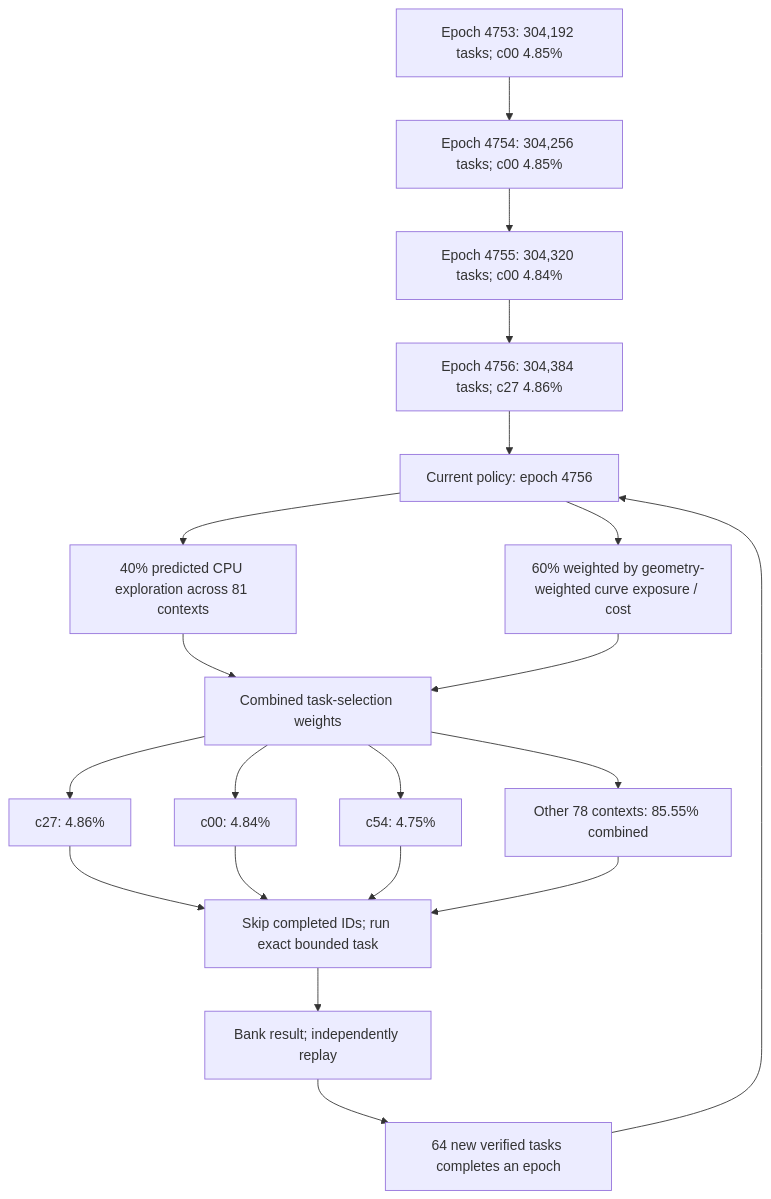
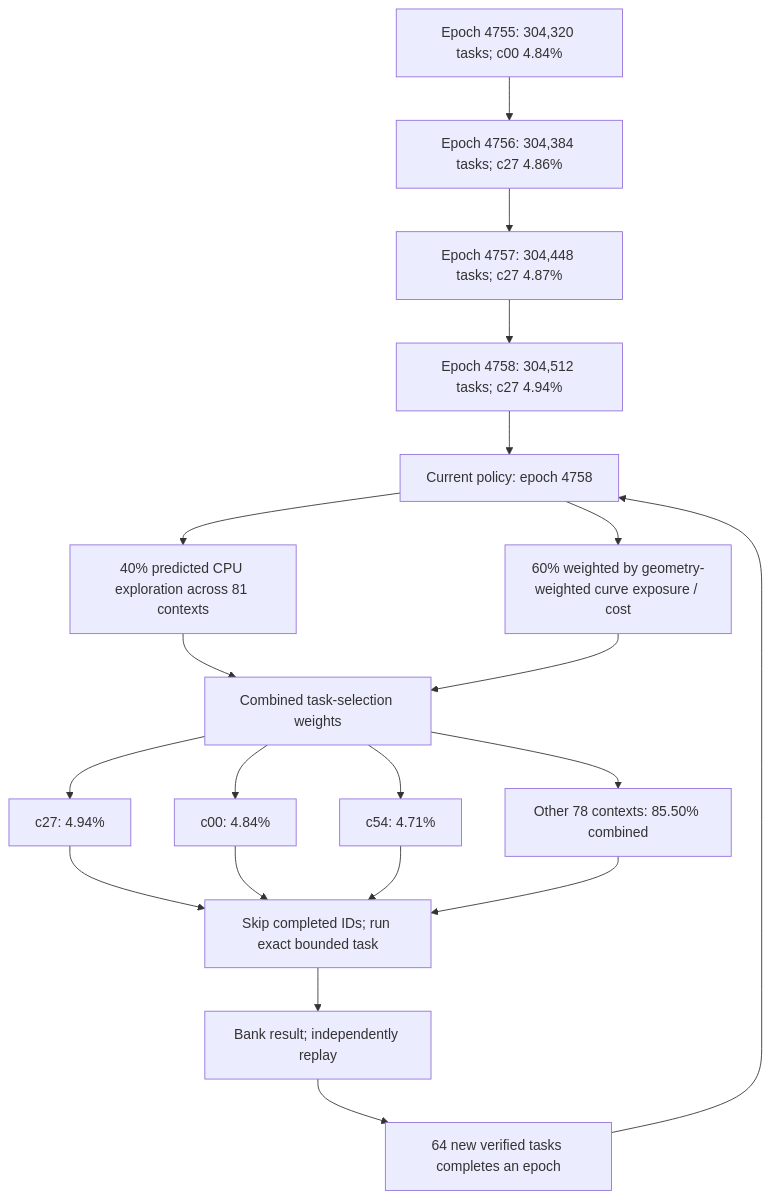
The first of 3 diagrams in README.md (Kuberwastaken/math-gambling), drawn with Mermaid before and after one commit. The commit also changed other lines of this file and 348 other files, not shown here.

````diff
--- a/README.md
+++ b/README.md
@@ -60,27 +60,27 @@
 ```mermaid
 flowchart TD
-    H0["Epoch 4753: 304,192 tasks; c00 4.85%"]
-    H1["Epoch 4754: 304,256 tasks; c00 4.85%"]
+    H0["Epoch 4755: 304,320 tasks; c00 4.84%"]
+    H1["Epoch 4756: 304,384 tasks; c27 4.86%"]
     H0 --> H1
-    H2["Epoch 4755: 304,320 tasks; c00 4.84%"]
+    H2["Epoch 4757: 304,448 tasks; c27 4.87%"]
     H1 --> H2
-    H3["Epoch 4756: 304,384 tasks; c27 4.86%"]
+    H3["Epoch 4758: 304,512 tasks; c27 4.94%"]
     H2 --> H3
-    Policy["Current policy: epoch 4756"]
+    Policy["Current policy: epoch 4758"]
     H3 --> Policy
     Policy --> Explore["40% predicted CPU exploration across 81 contexts"]
     Policy --> Cost["60% weighted by geometry-weighted curve exposure / cost"]
     Explore --> Mix["Combined task-selection weights"]
     Cost --> Mix
-    Mix --> C0["c27: 4.86%"]
+    Mix --> C0["c27: 4.94%"]
     Mix --> C1["c00: 4.84%"]
-    Mix --> C2["c54: 4.75%"]
-    Mix --> Rest["Other 78 contexts: 85.55% combined"]
+    Mix --> C2["c54: 4.71%"]
+    Mix --> Rest["Other 78 contexts: 85.50% combined"]
     C0 --> Check["Skip completed IDs; run exact bounded task"]
     C1 --> Check
     C2 --> Check
     Rest --> Check
     Check --> Replay["Bank result; independently replay"]
     Replay --> Gate["64 new verified tasks completes an epoch"]
     Gate --> Policy
 ```
````
